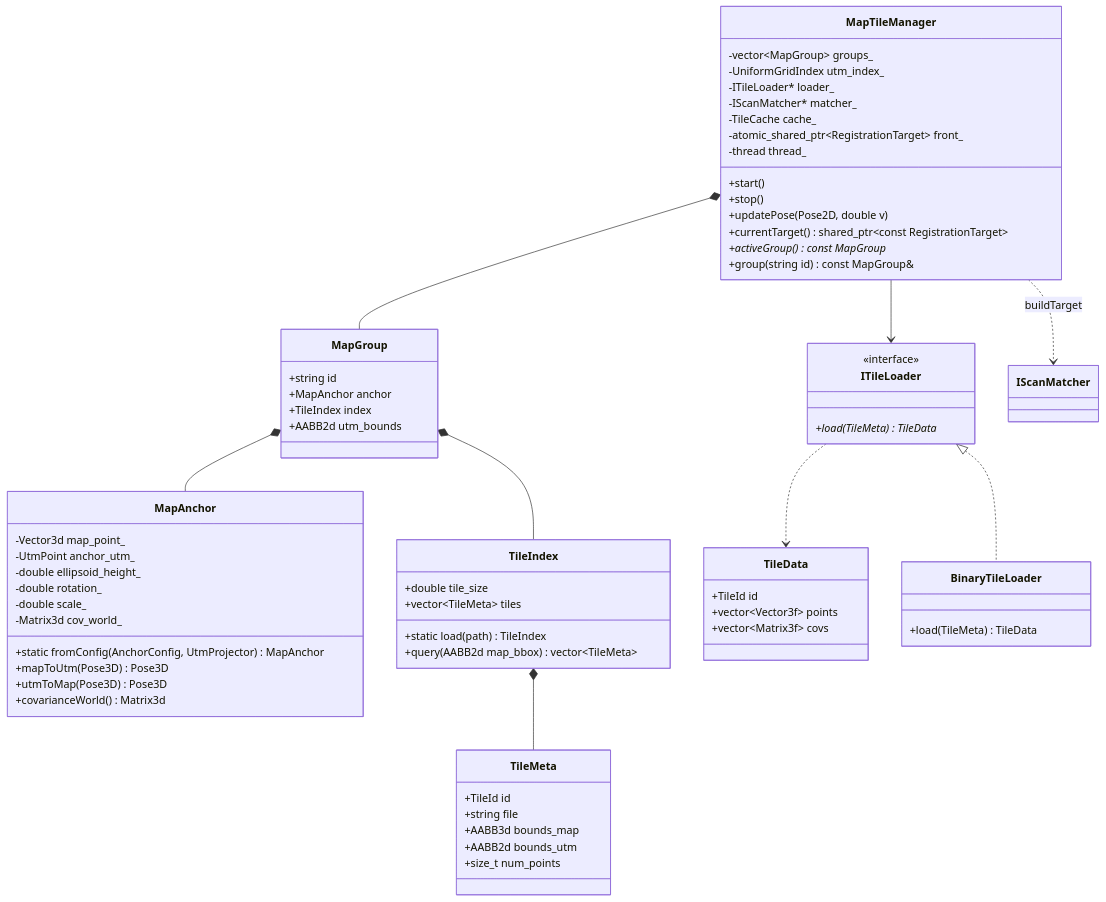
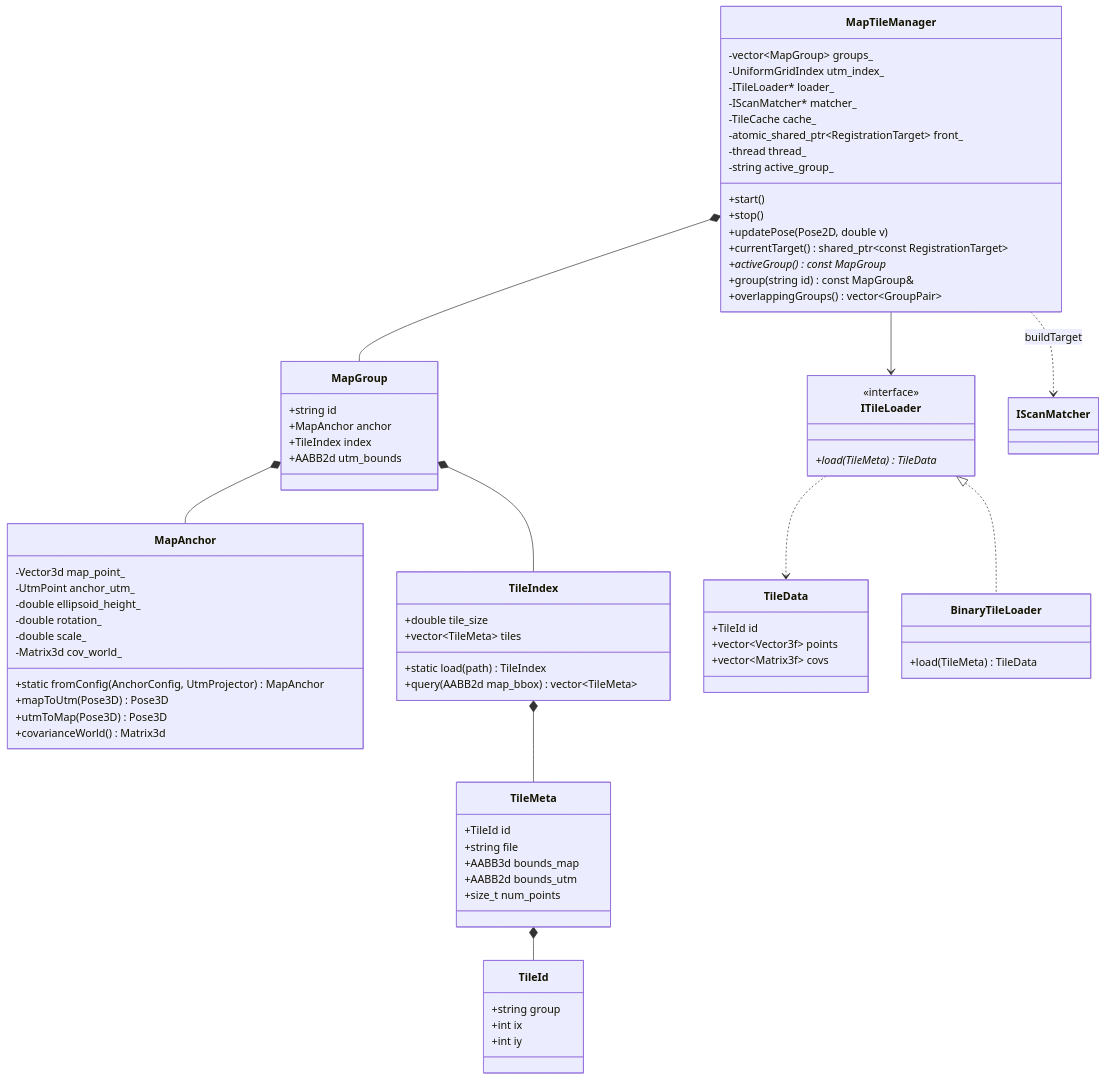
One commit to mamoru1126/gnss_and_lidar_localization changed the tenth of 14 diagrams in docs/architecture.md. Above: the diagram before and after it, drawn with Mermaid. The commit also changed other lines of this file and 6 other files, not shown here.

First line of the commit message:
docs: 運用上の前提とデッドレコニング距離の監視を反映し、複数地図の扱いを見直し（設計書 v0.9）

````diff
--- a/docs/architecture.md
+++ b/docs/architecture.md
@@ -688,71 +703,79 @@
 ```mermaid
 classDiagram
 
   class MapAnchor {
     -Vector3d map_point_
     -UtmPoint anchor_utm_
     -double ellipsoid_height_
     -double rotation_
     -double scale_
     -Matrix3d cov_world_
     +static fromConfig(AnchorConfig, UtmProjector) MapAnchor
     +mapToUtm(Pose3D) Pose3D
     +utmToMap(Pose3D) Pose3D
     +covarianceWorld() Matrix3d
   }
   class MapGroup {
     +string id
     +MapAnchor anchor
     +TileIndex index
     +AABB2d utm_bounds
   }
   class TileIndex {
     +double tile_size
     +vector~TileMeta~ tiles
     +static load(path) TileIndex
     +query(AABB2d map_bbox) vector~TileMeta~
+  }
+  class TileId {
+    +string group
+    +int ix
+    +int iy
   }
   class TileMeta {
     +TileId id
     +string file
     +AABB3d bounds_map
     +AABB2d bounds_utm
     +size_t num_points
   }
   class TileData {
     +TileId id
     +vector~Vector3f~ points
     +vector~Matrix3f~ covs
   }
   class ITileLoader {
     <<interface>>
     +load(TileMeta) TileData*
   }
   class BinaryTileLoader {
     +load(TileMeta) TileData
   }
   class MapTileManager {
     -vector~MapGroup~ groups_
     -UniformGridIndex utm_index_
     -ITileLoader* loader_
     -IScanMatcher* matcher_
     -TileCache cache_
     -atomic_shared_ptr~RegistrationTarget~ front_
     -thread thread_
+    -string active_group_
     +start()
     +stop()
     +updatePose(Pose2D, double v)
     +currentTarget() shared_ptr~const RegistrationTarget~
     +activeGroup() const MapGroup*
     +group(string id) const MapGroup&
+    +overlappingGroups() vector~GroupPair~
   }
 
   MapGroup *-- MapAnchor
   MapGroup *-- TileIndex
   TileIndex *-- TileMeta
+  TileMeta *-- TileId
   ITileLoader <|.. BinaryTileLoader
   ITileLoader ..> TileData
   MapTileManager *-- MapGroup
   MapTileManager --> ITileLoader
   MapTileManager ..> IScanMatcher : buildTarget
 ```
````
